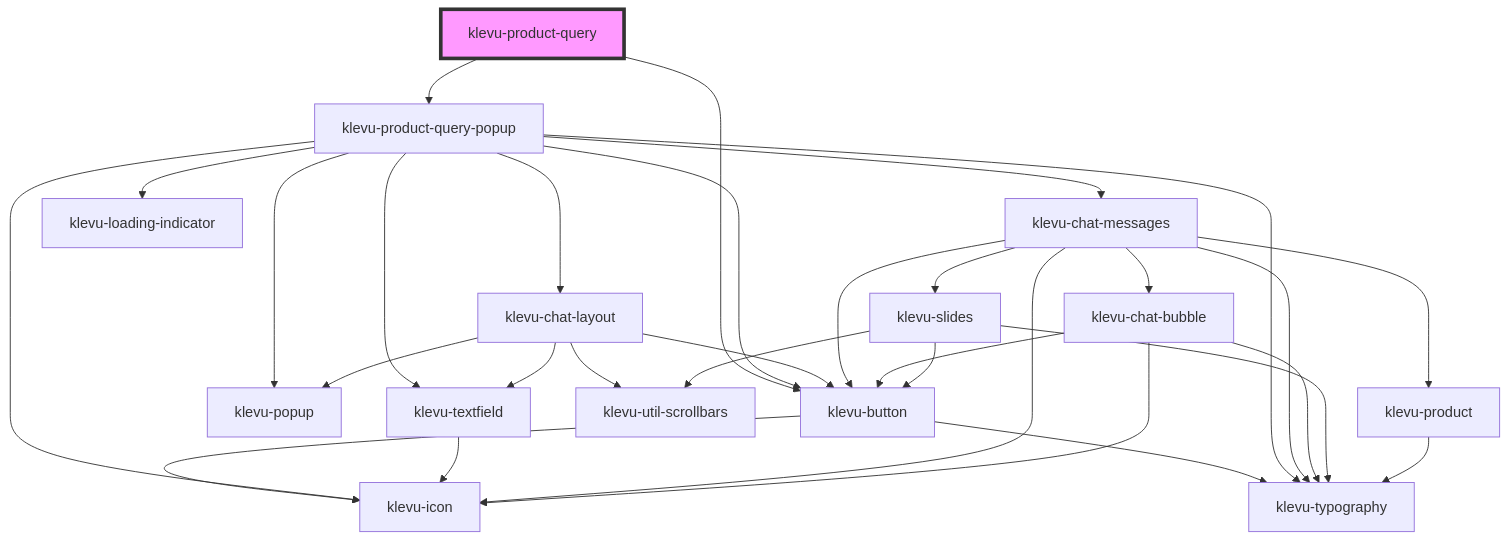
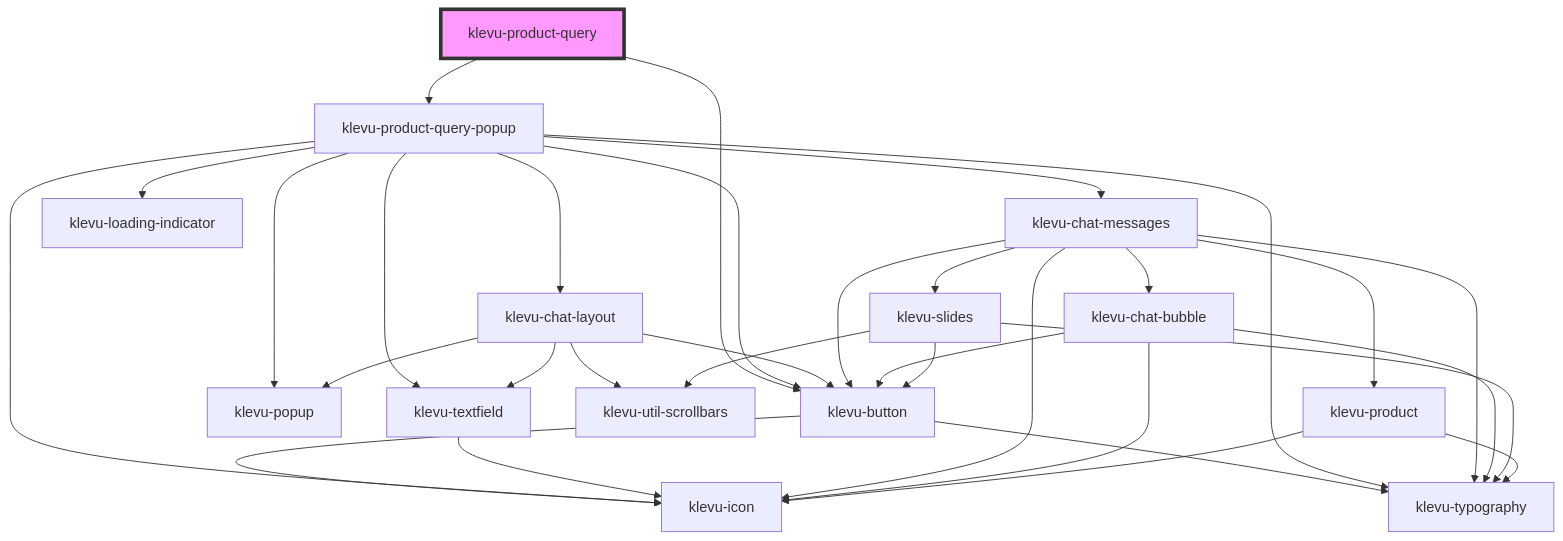
Before and after one commit to klevultd/frontend-sdk: the diagram in packages/klevu-ui/src/components/klevu-product-query/readme.md, drawn with Mermaid. The commit also changed 35 other files, not shown here.

````diff
--- a/packages/klevu-ui/src/components/klevu-product-query/readme.md
+++ b/packages/klevu-ui/src/components/klevu-product-query/readme.md
@@ -56,34 +56,35 @@
 ```mermaid
 graph TD;
   klevu-product-query --> klevu-button
   klevu-product-query --> klevu-product-query-popup
   klevu-button --> klevu-icon
   klevu-button --> klevu-typography
   klevu-product-query-popup --> klevu-popup
   klevu-product-query-popup --> klevu-chat-layout
   klevu-product-query-popup --> klevu-typography
   klevu-product-query-popup --> klevu-icon
   klevu-product-query-popup --> klevu-chat-messages
   klevu-product-query-popup --> klevu-loading-indicator
   klevu-product-query-popup --> klevu-textfield
   klevu-product-query-popup --> klevu-button
   klevu-chat-layout --> klevu-util-scrollbars
   klevu-chat-layout --> klevu-popup
   klevu-chat-layout --> klevu-button
   klevu-chat-layout --> klevu-textfield
   klevu-textfield --> klevu-icon
   klevu-chat-messages --> klevu-chat-bubble
   klevu-chat-messages --> klevu-icon
   klevu-chat-messages --> klevu-typography
   klevu-chat-messages --> klevu-button
   klevu-chat-messages --> klevu-slides
   klevu-chat-messages --> klevu-product
   klevu-chat-bubble --> klevu-typography
   klevu-chat-bubble --> klevu-icon
   klevu-chat-bubble --> klevu-button
   klevu-slides --> klevu-typography
   klevu-slides --> klevu-button
   klevu-slides --> klevu-util-scrollbars
+  klevu-product --> klevu-icon
   klevu-product --> klevu-typography
   style klevu-product-query fill:#f9f,stroke:#333,stroke-width:4px
 ```
````
